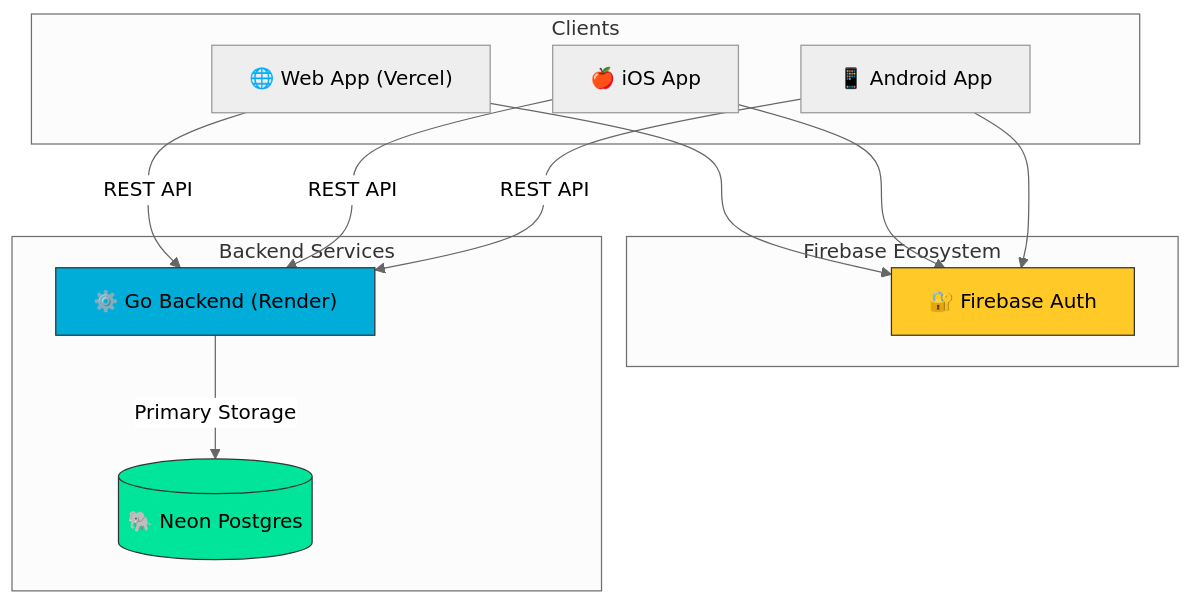
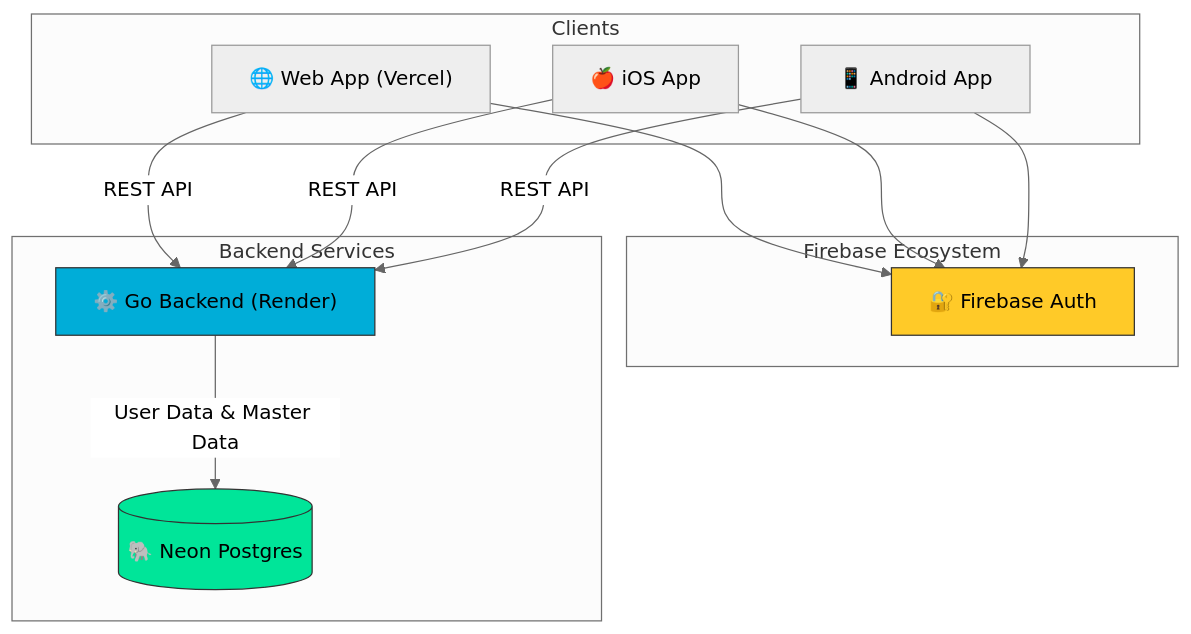
The diagram in README.md (oatrice/TheMiddleWay-Metadata), drawn with Mermaid (neutral theme) before and after one commit. The commit also changed other lines of this file and 6 other files, not shown here.

First line of the commit message:
chore(release): prepare v0.9.0 with guest mode and architecture updates

````diff
--- a/README.md
+++ b/README.md
@@ -69,27 +73,27 @@
 ```mermaid
 flowchart TB
  subgraph Clients["Clients"]
         Web["🌐 Web App (Vercel)"]
         iOS["🍎 iOS App"]
         Android["📱 Android App"]
   end
  subgraph Firebase_Ecosystem["Firebase Ecosystem"]
         Auth["🔐 Firebase Auth"]
   end
  subgraph Backend_Services["Backend Services"]
         Go["⚙️ Go Backend (Render)"]
         Neon[("🐘 Neon Postgres")]
   end
     Web --> Auth
     iOS --> Auth
     Android --> Auth
     
     Web -- REST API --> Go
     iOS -- REST API --> Go
     Android -- REST API --> Go
-    Go -- Primary Storage --> Neon
+    Go -- User Data & Master Data --> Neon
 
     style Go fill:#00add8,stroke:#333
     style Neon fill:#00e599,stroke:#333
     style Auth fill:#ffca28,stroke:#333
 ```
````
